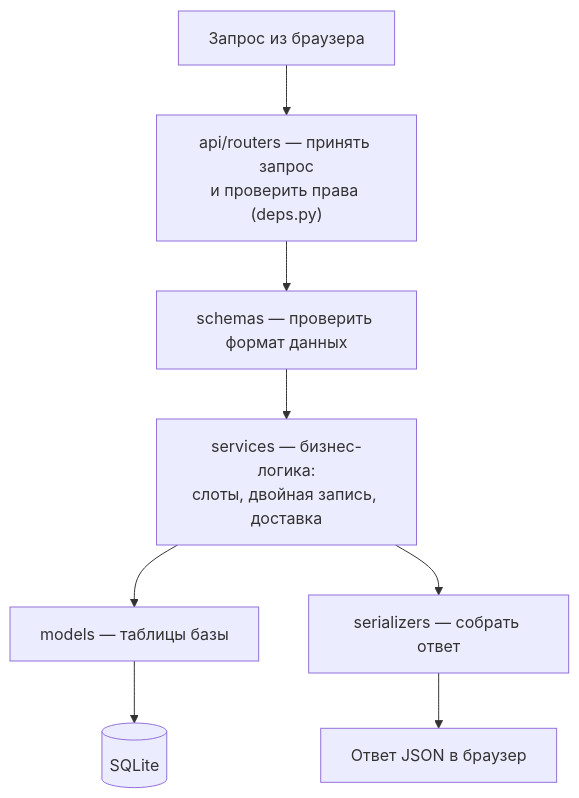
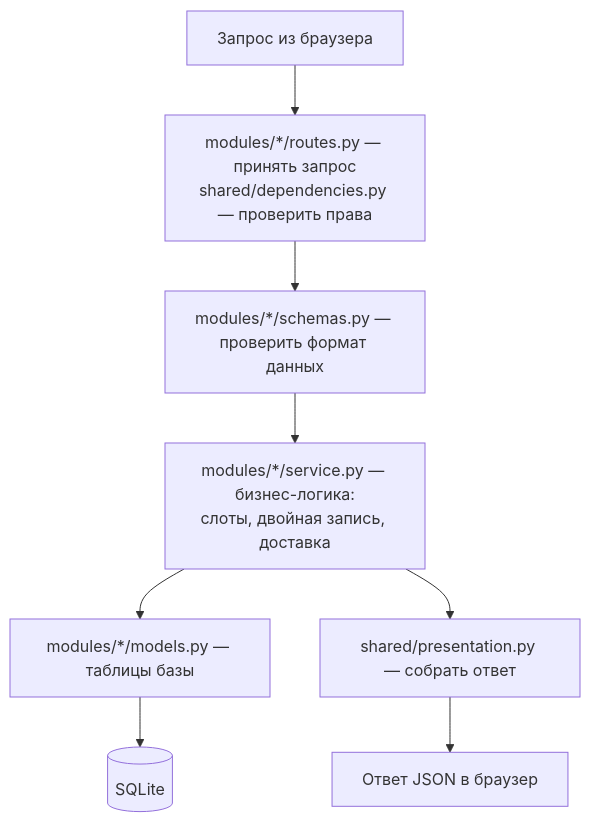
Before and after one commit to dodoser34/46: the diagram in docs/05-сервер-бэкенд/01-что-делает-сервер.md, drawn with Mermaid. The commit also changed other lines of this file and 55 other files, not shown here.

First line of the commit message:
feat: implement catalog and shop modules with models, routes, and schemas

````diff
--- a/docs/05-сервер-бэкенд/01-что-делает-сервер.md
+++ b/docs/05-сервер-бэкенд/01-что-делает-сервер.md
@@ -46,10 +46,10 @@
 ```mermaid
 flowchart TB
-    R["Запрос из браузера"] --> API["api/routers — принять запрос<br/>и проверить права (deps.py)"]
-    API --> SCH["schemas — проверить формат данных"]
-    SCH --> SRV["services — бизнес-логика:<br/>слоты, двойная запись, доставка"]
-    SRV --> MOD["models — таблицы базы"]
+    R["Запрос из браузера"] --> API["modules/*/routes.py — принять запрос<br/>shared/dependencies.py — проверить права"]
+    API --> SCH["modules/*/schemas.py — проверить формат данных"]
+    SCH --> SRV["modules/*/service.py — бизнес-логика:<br/>слоты, двойная запись, доставка"]
+    SRV --> MOD["modules/*/models.py — таблицы базы"]
     MOD --> DB[("SQLite")]
-    SRV --> SER["serializers — собрать ответ"]
+    SRV --> SER["shared/presentation.py — собрать ответ"]
     SER --> OUT["Ответ JSON в браузер"]
 ```
````
